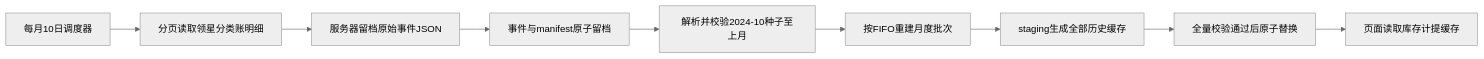
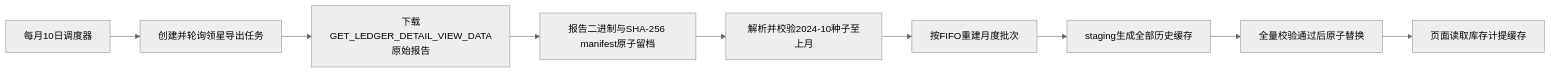
One commit to alexzyuan/tanjiabi-internal changed the diagram in docs/superpowers/specs/2026-08-16-inventory-ledger-raw-rebuild-design.md. Above: the diagram before and after it, drawn with Mermaid (neutral theme). The commit also changed other lines of this file and 3 other files, not shown here.

````diff
--- a/docs/superpowers/specs/2026-08-16-inventory-ledger-raw-rebuild-design.md
+++ b/docs/superpowers/specs/2026-08-16-inventory-ledger-raw-rebuild-design.md
@@ -74,11 +77,11 @@
 ```mermaid
 flowchart LR
-  A[每月10日调度器] --> B[分页读取领星分类账明细]
-  B --> C[服务器留档原始事件JSON]
-  C --> D[事件与manifest原子留档]
+  A[每月10日调度器] --> B[创建并轮询领星导出任务]
+  B --> C[下载GET_LEDGER_DETAIL_VIEW_DATA原始报告]
+  C --> D[报告二进制与SHA-256 manifest原子留档]
   D --> E[解析并校验2024-10种子至上月]
   E --> F[按FIFO重建月度批次]
   F --> G[staging生成全部历史缓存]
   G --> H[全量校验通过后原子替换]
   H --> I[页面读取库存计提缓存]
 ```
````
